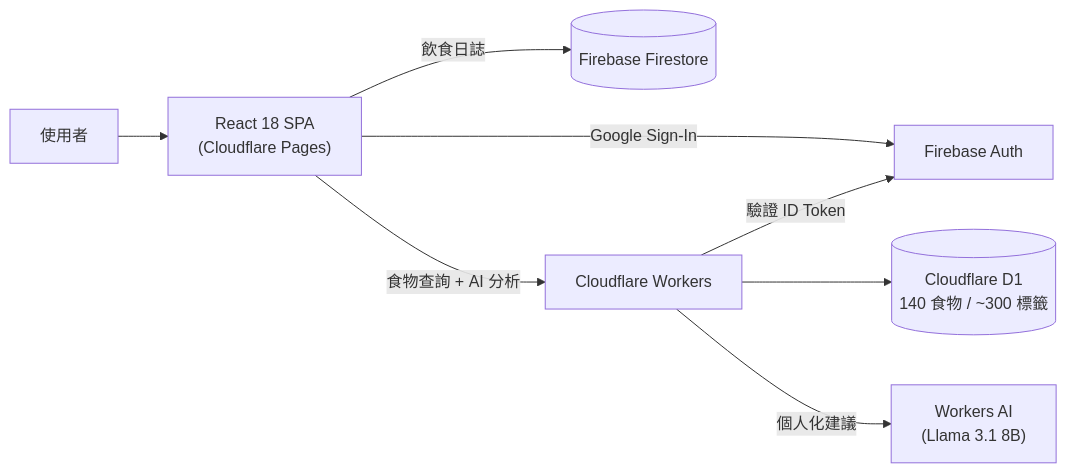
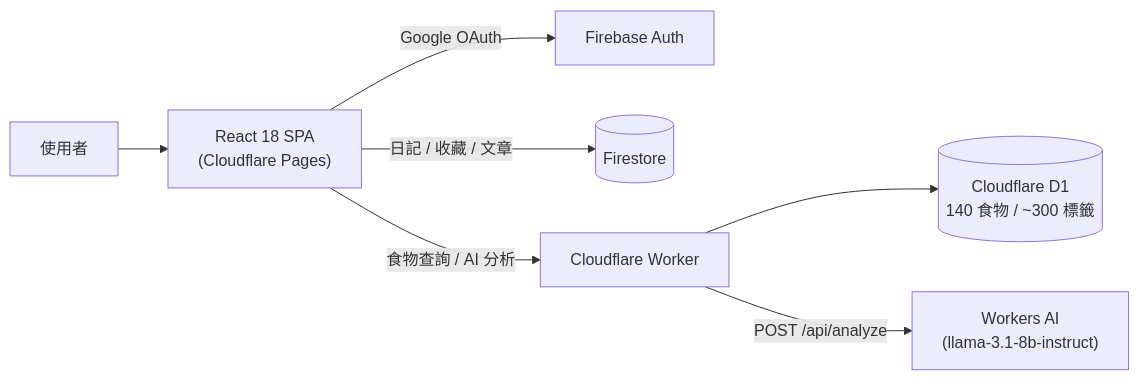
Before and after one commit to a920604a/engineernews: the first of 2 diagrams in src/content/posts/product/2026-04-23-nutrition-risk-engine.md, drawn with Mermaid. The commit also changed other lines of this file and 468 other files, not shown here.

````diff
--- a/src/content/posts/product/2026-04-23-nutrition-risk-engine.md
+++ b/src/content/posts/product/2026-04-23-nutrition-risk-engine.md
@@ -38,10 +57,9 @@
 ```mermaid
 graph LR
-  User["使用者"] --> FE["React 18 SPA\n(Cloudflare Pages)"]
-  FE -->|"Google Sign-In"| Firebase["Firebase Auth"]
-  FE -->|"飲食日誌"| Firestore[("Firebase Firestore")]
-  FE -->|"食物查詢 + AI 分析"| Worker["Cloudflare Workers"]
-  Worker -->|"驗證 ID Token"| Firebase
-  Worker --> D1[("Cloudflare D1\n140 食物 / ~300 標籤")]
-  Worker -->|"個人化建議"| AI["Workers AI\n(Llama 3.1 8B)"]
+  User["使用者"] --> FE["React 18 SPA<br/>(Cloudflare Pages)"]
+  FE -->|"Google OAuth"| Auth["Firebase Auth"]
+  FE -->|"日記 / 收藏 / 文章"| FS[("Firestore")]
+  FE -->|"食物查詢 / AI 分析"| Worker["Cloudflare Worker"]
+  Worker --> D1[("Cloudflare D1<br/>140 食物 / ~300 標籤")]
+  Worker -->|"POST /api/analyze"| AI["Workers AI<br/>(llama-3.1-8b-instruct)"]
 ```
````
